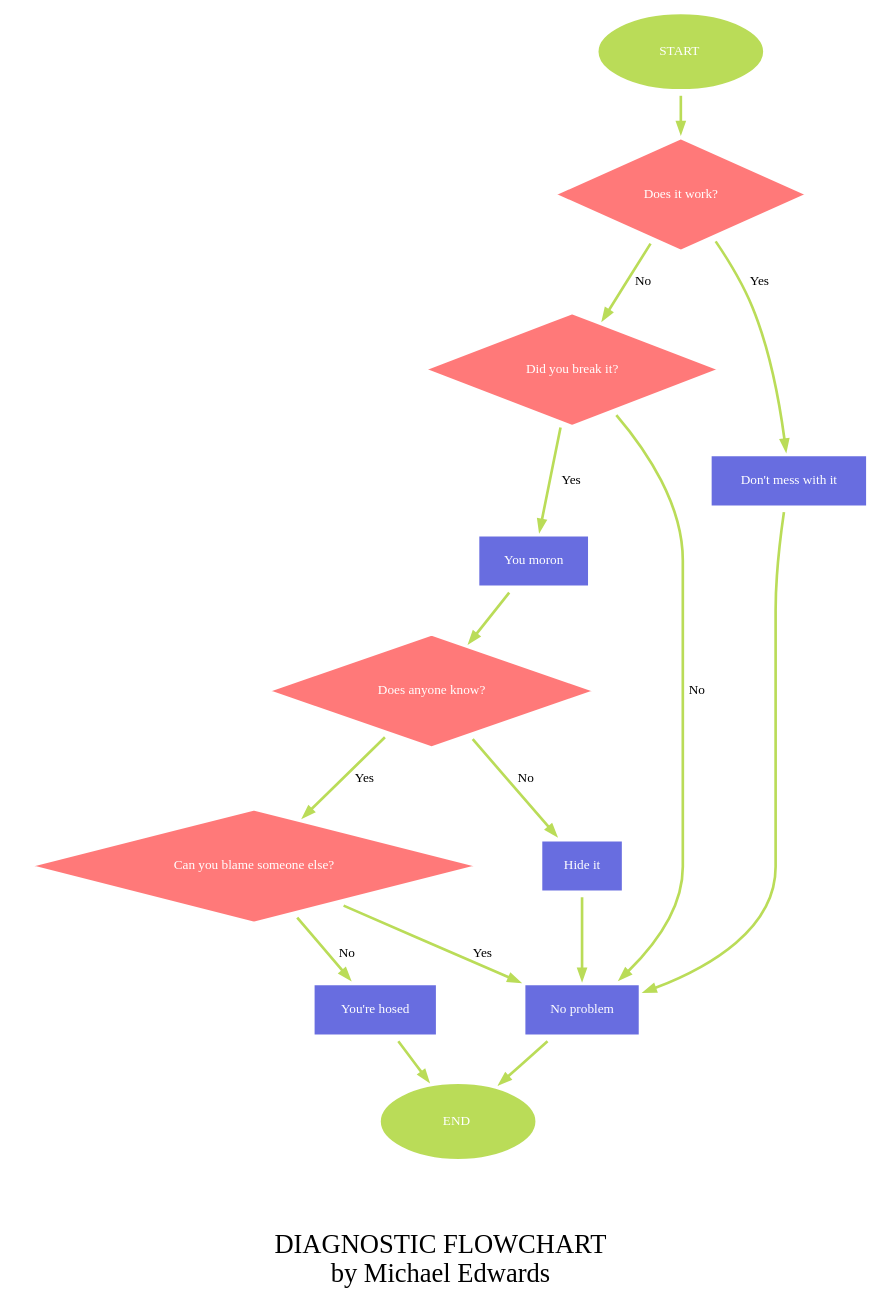
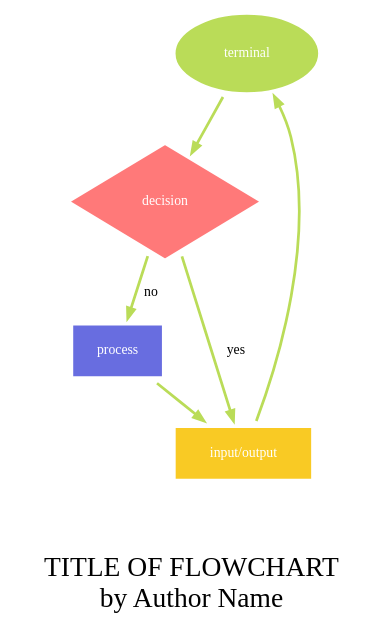
One commit to michaeledwards-au/graphviz-flowchart changed the diagram in example/example.dot. Above: the diagram before and after it, drawn with Graphviz. The commit also changed 4 other files, not shown here.

```diff
--- a/example/example.dot
+++ b/example/example.dot
@@ -1,88 +1,55 @@
 digraph G {
 
-  //== graph setup ==//
-  fontsize="40"; label="\n\nDIAGNOSTIC FLOWCHART\nby Michael Edwards";
-  margin="1"; nodesep=0.75; ranksep=0.75;
-
+  //== graph setup and edge/node defaults ==//
+  fontsize="40"; margin="1"; nodesep=0.75; ranksep=0.75;
+  node [fontname="serif bold" penwidth=20 style=filled fontcolor=white color=white fontsize=20 margin=0.5];
+  edge [color="#badc58" fontsize=20 penwidth=4 arrowsize=1.5 fontname="serif"];
+  
+    // <GRAPH TITLE GOES HERE>
+    label="\n\n TITLE OF FLOWCHART \n by Author Name ";
+  
   //====================//
   // NODES
   //====================//
 
-  //== base node setup ==//
-  node [ fontname="serif bold" penwidth=20 style=filled fontcolor=white color=white fontsize=20 margin=0.5 ];
+  //== terminal node setup ==//
+  node [shape=oval fillcolor="#badc58"];
 
-  //== terminal node setup ==//
-  node [ shape=oval fillcolor="#badc58" ];
-
-  start [ label="     START     " ];
-  end [ label="      END      " ];
+    // <TERMINAL NODES GO HERE>
+    te01 [label="terminal"];
  
   //== decision node setup ==//
-  node [ shape=diamond fillcolor="#ff7979" ];
+  node [shape=diamond fillcolor="#ff7979" ];
 
-  // <DECISION NODES GO HERE>
+    // <DECISION NODES GO HERE>
+    de01 [label="decision"];
  
-  dec001 [ label="Does it work?" ];
-  dec002 [ label="Did you break it?" ];
-  dec003 [ label="Does anyone know?" ];
-  dec004 [ label="Can you blame someone else?" ];
-  
   //== process node setup ==//
-  node [ shape=box fillcolor="#686de0" ];
+  node [shape=box fillcolor="#686de0" ];
 
-  // <PROCESS NODES GO HERE>
- 
-  pro001 [ label="Don't mess with it" ]; 
-  pro002 [ label="You moron" ];
-  pro003 [ label="You're hosed" ];
-  pro004 [ label="Hide it" ];
-  pro005 [ label="No problem" ];
+    // <PROCESS NODES GO HERE>
+    pr01 [label="process"];
 
   //== input/output node setup ==//
-  node [ shape=box fillcolor="#f9ca24" fontname="courier bold" ];
+  node [shape=box fillcolor="#f9ca24" fontname="courier bold" ];
 
-  // <INPUT/OUTPUT NODES GO HERE>
+    // <INPUT/OUTPUT NODES GO HERE>
+    io01 [label="input/output"];
 
   //====================//
   // EDGES 
   //====================//
 
-  //== base edge setup ==//
-  edge [ color="#badc58" fontsize=20 penwidth=4 arrowsize=1.5 fontname="serif" ];
-
-  // <EDGES GO HERE>
+    // <TERMINAL EDGES GO HERE>
+    te01 -> de01;
+ 
+    // <DECISION NODES GO HERE>
+    de01 -> io01 [label=" yes "];
+    de01 -> pr01 [label=" no "];
   
-  // start
-  start -> dec001;
+    // <PROCESS NODES GO HERE>
+    pr01 -> io01;
   
-  // does it work?
-  dec001 -> pro001 [ label="  Yes" ];
-  dec001 -> dec002[ label="  No" ];
-  
-  // don't mess with it
-  pro001 -> pro005;
-  
-  // did you break it?
-  dec002 -> pro002 [ label="  Yes" ];
-  dec002 -> pro005[ label="  No" ];
-  
-  // does anyone know?
-  dec003 -> dec004 [ label="  Yes" ];
-  dec003 -> pro004 [ label="  No" ];
-  
-  // you moron
-  pro002 -> dec003;
-  
-  // you're hosed
-  pro003 -> end;
-  
-  // hide it
-  pro004 -> pro005;
-  
-  // can you blame someone else?
-  dec004 -> pro005 [ label="  Yes" ];
-  dec004 -> pro003 [ label="  No" ];
-  
-  // no problem
-  pro005 -> end;
+    // <INPUT/OUTPUT NODES GO HERE>
+    io01 -> te01;
 }
```
